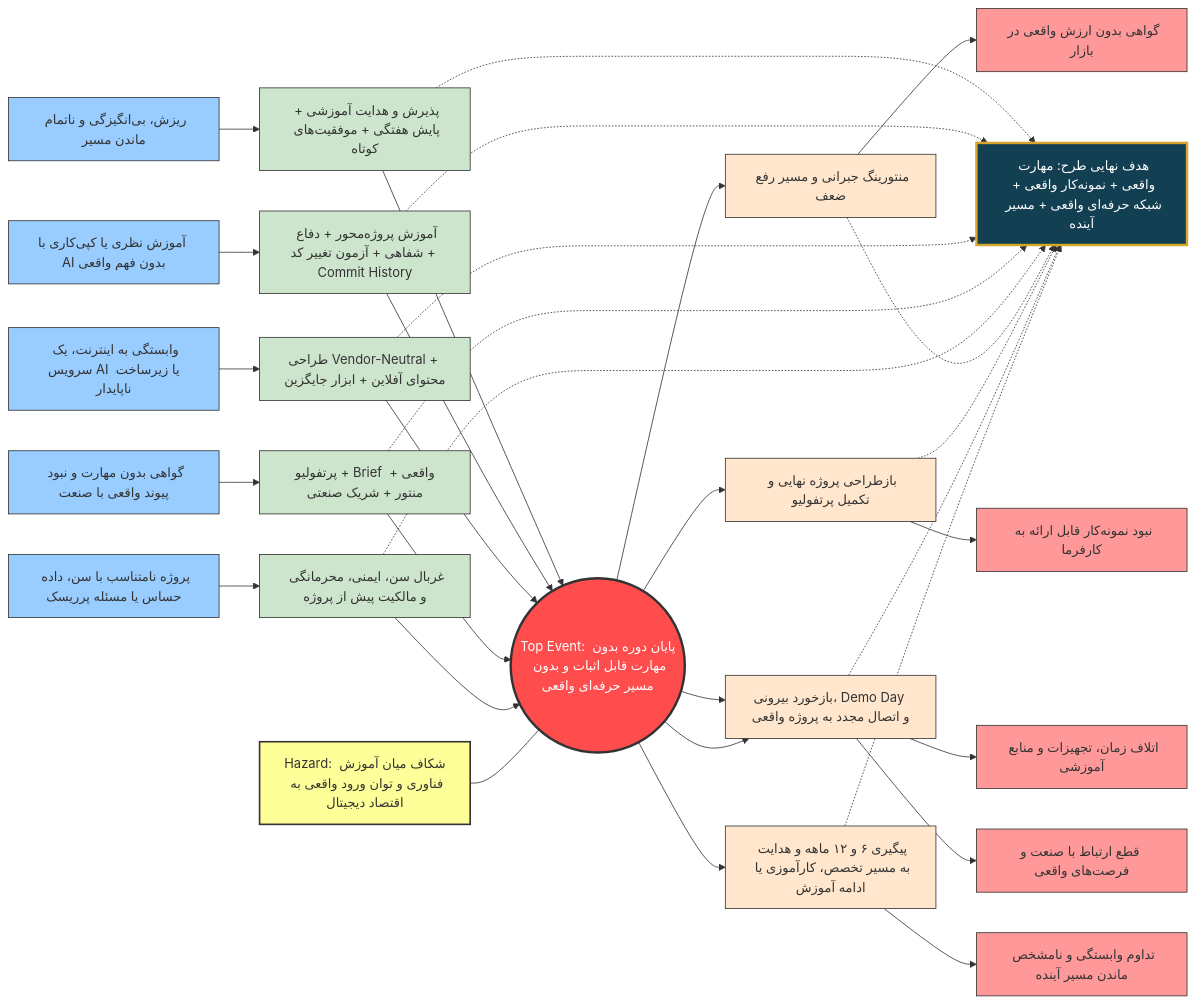
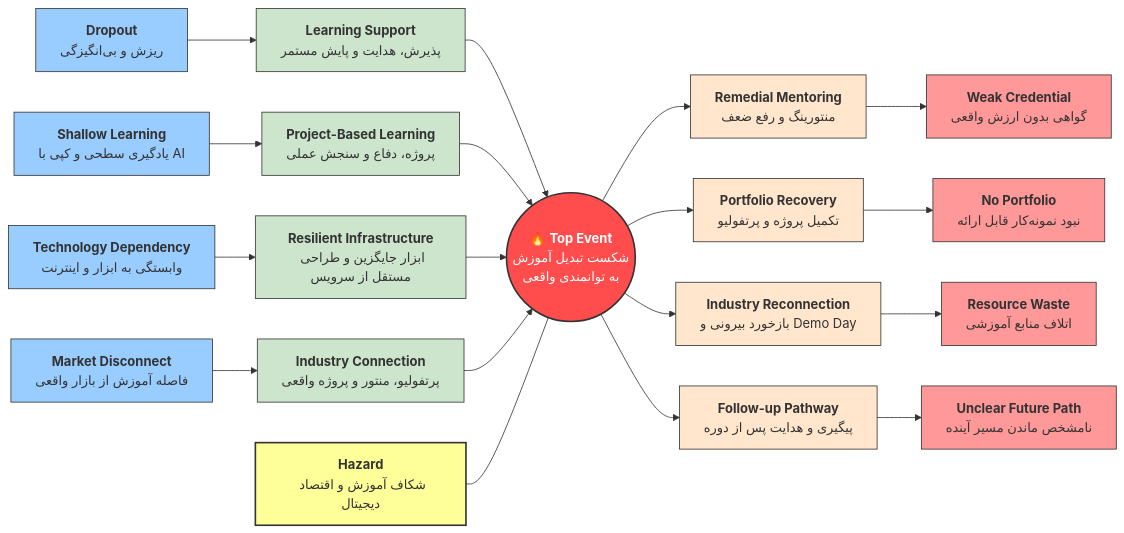
One commit to hadisadoghiyazdi1971/hadisadoghiyazdi1971.github.io changed the first of 9 diagrams in presentation/EmkanAI.md. Above: the diagram before and after it, drawn with Mermaid.

````diff
--- a/presentation/EmkanAI.md
+++ b/presentation/EmkanAI.md
@@ -28,93 +28,69 @@
 ```mermaid
-graph LR;
-
+flowchart LR
     %% -------- Threats --------
-    C1["ریزش، بی‌انگیزگی و ناتمام ماندن مسیر"];
-    C2["آموزش نظری یا کپی‌کاری با AI بدون فهم واقعی"];
-    C3["وابستگی به اینترنت، یک سرویس AI یا زیرساخت ناپایدار"];
-    C4["گواهی بدون مهارت و نبود پیوند واقعی با صنعت"];
-    C5["پروژه نامتناسب با سن، داده حساس یا مسئله پرریسک"];
+    C1["<b>Dropout</b><br>ریزش و بی‌انگیزگی"]
+    C2["<b>Shallow Learning</b><br>یادگیری سطحی و کپی با AI"]
+    C3["<b>Technology Dependency</b><br>وابستگی به ابزار و اینترنت"]
+    C4["<b>Market Disconnect</b><br>فاصله آموزش از بازار واقعی"]
 
     %% -------- Preventive Barriers --------
-    PB1["پذیرش و هدایت آموزشی + پایش هفتگی + موفقیت‌های کوتاه"];
-    PB2["آموزش پروژه‌محور + دفاع شفاهی + آزمون تغییر کد + Commit History"];
-    PB3["طراحی Vendor-Neutral + محتوای آفلاین + ابزار جایگزین"];
-    PB4["پرتفولیو + Brief واقعی + منتور + شریک صنعتی"];
-    PB5["غربال سن، ایمنی، محرمانگی و مالکیت پیش از پروژه"];
+    PB1["<b>Learning Support</b><br>پذیرش، هدایت و پایش مستمر"]
+    PB2["<b>Project-Based Learning</b><br>پروژه، دفاع و سنجش عملی"]
+    PB3["<b>Resilient Infrastructure</b><br>ابزار جایگزین و طراحی مستقل از سرویس"]
+    PB4["<b>Industry Connection</b><br>پرتفولیو، منتور و پروژه واقعی"]
 
     %% -------- Top Event --------
-    TE(("Top Event: پایان دوره بدون مهارت قابل اثبات و بدون مسیر حرفه‌ای واقعی"));
+    TE(("🔥 <b>Top Event</b><br>شکست تبدیل آموزش<br>به توانمندی واقعی"))
 
     %% -------- Hazard --------
-    H["Hazard: شکاف میان آموزش فناوری و توان ورود واقعی به اقتصاد دیجیتال"];
+    H["<b>Hazard</b><br>شکاف آموزش و اقتصاد دیجیتال"]
 
     %% -------- Mitigative Barriers --------
-    MB1["منتورینگ جبرانی و مسیر رفع ضعف"];
-    MB2["بازطراحی پروژه نهایی و تکمیل پرتفولیو"];
-    MB3["بازخورد بیرونی، Demo Day و اتصال مجدد به پروژه واقعی"];
-    MB4["پیگیری ۶ و ۱۲ ماهه و هدایت به مسیر تخصص، کارآموزی یا ادامه آموزش"];
+    MB1["<b>Remedial Mentoring</b><br>منتورینگ و رفع ضعف"]
+    MB2["<b>Portfolio Recovery</b><br>تکمیل پروژه و پرتفولیو"]
+    MB3["<b>Industry Reconnection</b><br>بازخورد بیرونی و Demo Day"]
+    MB4["<b>Follow-up Pathway</b><br>پیگیری و هدایت پس از دوره"]
 
     %% -------- Consequences --------
-    CO1["گواهی بدون ارزش واقعی در بازار"];
-    CO2["نبود نمونه‌کار قابل ارائه به کارفرما"];
-    CO3["اتلاف زمان، تجهیزات و منابع آموزشی"];
-    CO4["قطع ارتباط با صنعت و فرصت‌های واقعی"];
-    CO5["تداوم وابستگی و نامشخص ماندن مسیر آینده"];
-
-    %% -------- Final Design Target --------
-    G["هدف نهایی طرح: مهارت واقعی + نمونه‌کار واقعی + شبکه حرفه‌ای واقعی + مسیر آینده"];
+    CO1["<b>Weak Credential</b><br>گواهی بدون ارزش واقعی"]
+    CO2["<b>No Portfolio</b><br>نبود نمونه‌کار قابل ارائه"]
+    CO3["<b>Resource Waste</b><br>اتلاف منابع آموزشی"]
+    CO4["<b>Unclear Future Path</b><br>نامشخص ماندن مسیر آینده"]
 
     %% -------- Connections --------
-    C1 --> PB1 --> TE;
-    C2 --> PB2 --> TE;
-    C3 --> PB3 --> TE;
-    C4 --> PB4 --> TE;
-    C5 --> PB5 --> TE;
+    C1 --> PB1 --> TE
+    C2 --> PB2 --> TE
+    C3 --> PB3 --> TE
+    C4 --> PB4 --> TE
 
-    H --- TE;
+    H --- TE
 
-    TE --> MB1 --> CO1;
-    TE --> MB2 --> CO2;
-    TE --> MB3 --> CO3;
-    TE --> MB3 --> CO4;
-    TE --> MB4 --> CO5;
-
-    PB1 -.-> G;
-    PB2 -.-> G;
-    PB3 -.-> G;
-    PB4 -.-> G;
-    PB5 -.-> G;
-    MB1 -.-> G;
-    MB2 -.-> G;
-    MB3 -.-> G;
-    MB4 -.-> G;
+    TE --> MB1 --> CO1
+    TE --> MB2 --> CO2
+    TE --> MB3 --> CO3
+    TE --> MB4 --> CO4
 
     %% -------- Styling --------
-    style C1 fill:#99ccff,stroke:#333;
-    style C2 fill:#99ccff,stroke:#333;
-    style C3 fill:#99ccff,stroke:#333;
-    style C4 fill:#99ccff,stroke:#333;
-    style C5 fill:#99ccff,stroke:#333;
+    style C1 fill:#99ccff,stroke:#333
+    style C2 fill:#99ccff,stroke:#333
+    style C3 fill:#99ccff,stroke:#333
+    style C4 fill:#99ccff,stroke:#333
 
-    style PB1 fill:#cce5cc,stroke:#333;
-    style PB2 fill:#cce5cc,stroke:#333;
-    style PB3 fill:#cce5cc,stroke:#333;
-    style PB4 fill:#cce5cc,stroke:#333;
-    style PB5 fill:#cce5cc,stroke:#333;
+    style PB1 fill:#cce5cc,stroke:#333
+    style PB2 fill:#cce5cc,stroke:#333
+    style PB3 fill:#cce5cc,stroke:#333
+    style PB4 fill:#cce5cc,stroke:#333
 
-    style TE fill:#ff4d4d,stroke:#333,stroke-width:3px,color:#fff;
-    style H fill:#ffff99,stroke:#333,stroke-width:2px;
+    style TE fill:#ff4d4d,stroke:#333,stroke-width:2px,color:#fff
+    style H fill:#ffff99,stroke:#333,stroke-width:2px
 
-    style MB1 fill:#ffe6cc,stroke:#333;
-    style MB2 fill:#ffe6cc,stroke:#333;
-    style MB3 fill:#ffe6cc,stroke:#333;
-    style MB4 fill:#ffe6cc,stroke:#333;
+    style MB1 fill:#ffe6cc,stroke:#333
+    style MB2 fill:#ffe6cc,stroke:#333
+    style MB3 fill:#ffe6cc,stroke:#333
+    style MB4 fill:#ffe6cc,stroke:#333
 
-    style CO1 fill:#ff9999,stroke:#333;
-    style CO2 fill:#ff9999,stroke:#333;
-    style CO3 fill:#ff9999,stroke:#333;
-    style CO4 fill:#ff9999,stroke:#333;
-    style CO5 fill:#ff9999,stroke:#333;
-
-    style G fill:#123F52,stroke:#D6A52B,stroke-width:3px,color:#fff;
+    style CO1 fill:#ff9999,stroke:#333
+    style CO2 fill:#ff9999,stroke:#333
+    style CO3 fill:#ff9999,stroke:#333
+    style CO4 fill:#ff9999,stroke:#333
 ```
````
